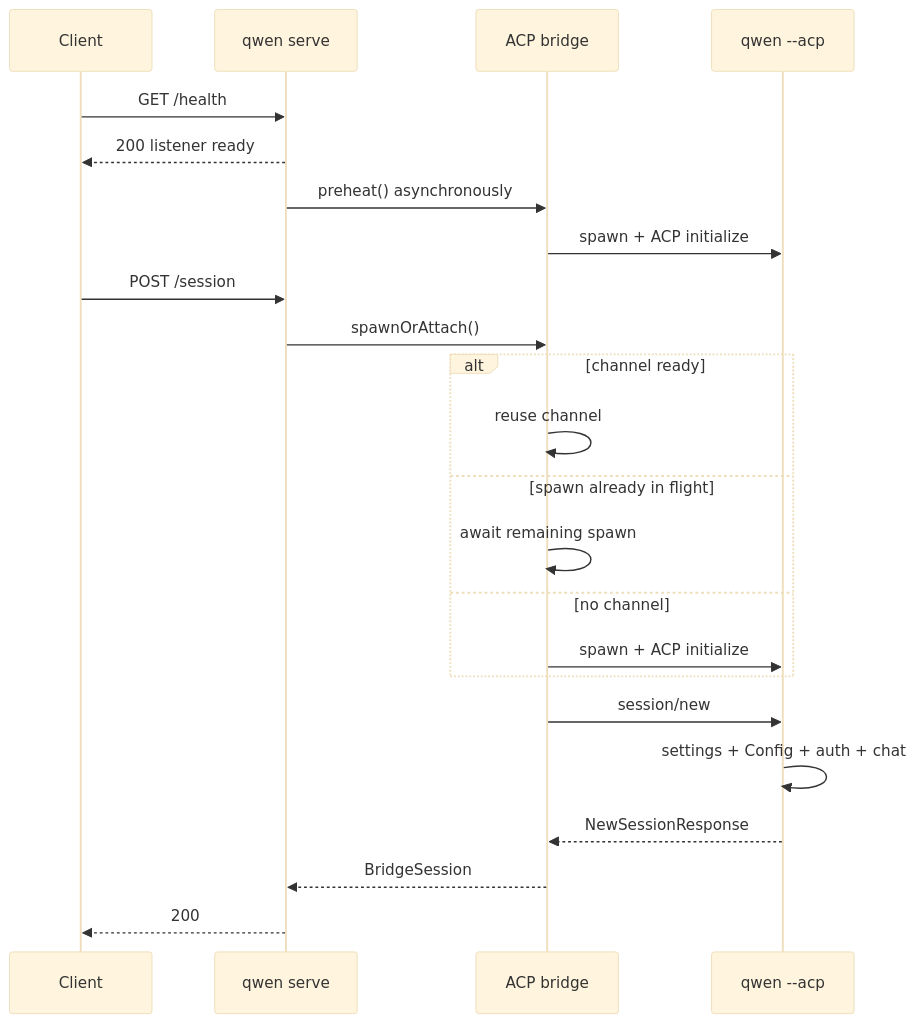
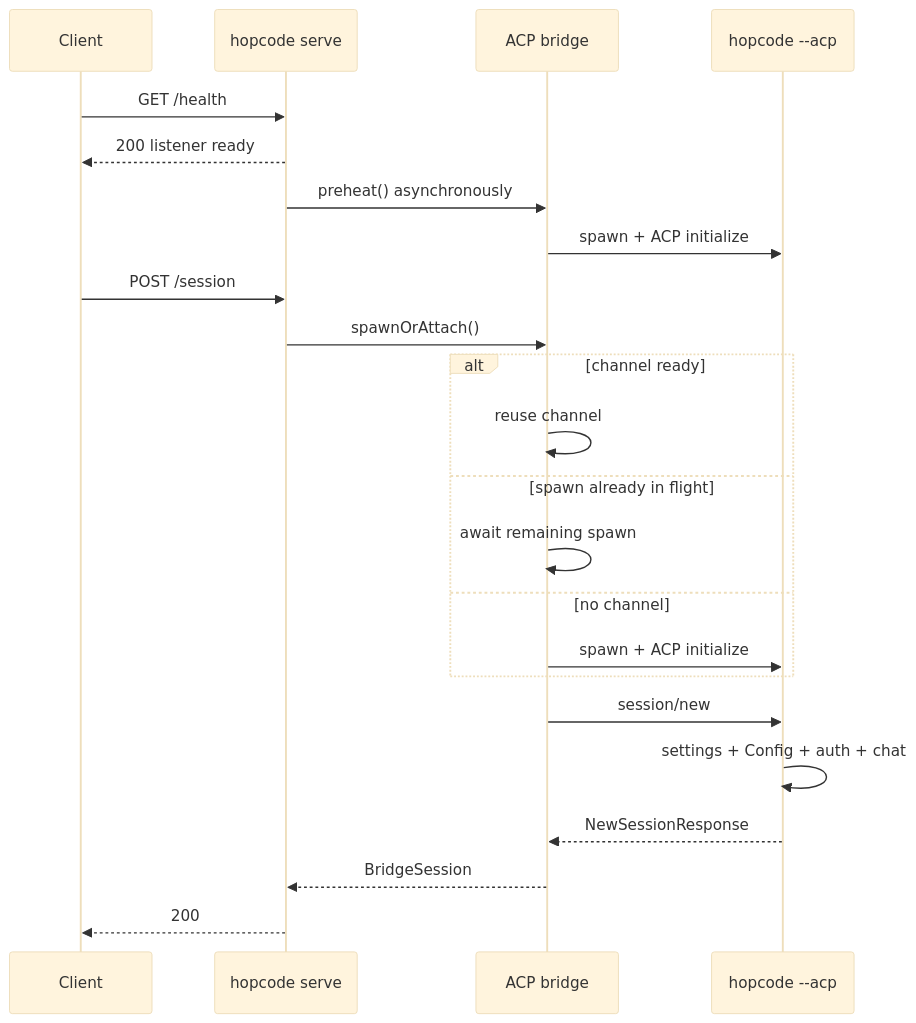
One commit to TaimoorSiddiquiOfficial/HopCode changed the diagram in docs/design/2026-07-13-cold-first-session-support.md. Above: the diagram before and after it, drawn with Mermaid (base theme). The commit also changed 14013 other files, not shown here.

Commit message:
fix: remove 13K stale .js build artifacts from git, rename runQwenServe→runHopCodeServe, fix docs

````diff
--- a/docs/design/2026-07-13-cold-first-session-support.md
+++ b/docs/design/2026-07-13-cold-first-session-support.md
@@ -34,27 +34,27 @@
 ```mermaid
 sequenceDiagram
     participant Client
-    participant Daemon as qwen serve
+    participant Daemon as hopcode serve
     participant Bridge as ACP bridge
-    participant Child as qwen --acp
+    participant Child as hopcode --acp
 
     Client->>Daemon: GET /health
     Daemon-->>Client: 200 listener ready
     Daemon->>Bridge: preheat() asynchronously
     Bridge->>Child: spawn + ACP initialize
 
     Client->>Daemon: POST /session
     Daemon->>Bridge: spawnOrAttach()
     alt channel ready
         Bridge->>Bridge: reuse channel
     else spawn already in flight
         Bridge->>Bridge: await remaining spawn
     else no channel
         Bridge->>Child: spawn + ACP initialize
     end
     Bridge->>Child: session/new
     Child->>Child: settings + Config + auth + chat
     Child-->>Bridge: NewSessionResponse
     Bridge-->>Daemon: BridgeSession
     Daemon-->>Client: 200
 ```
````
